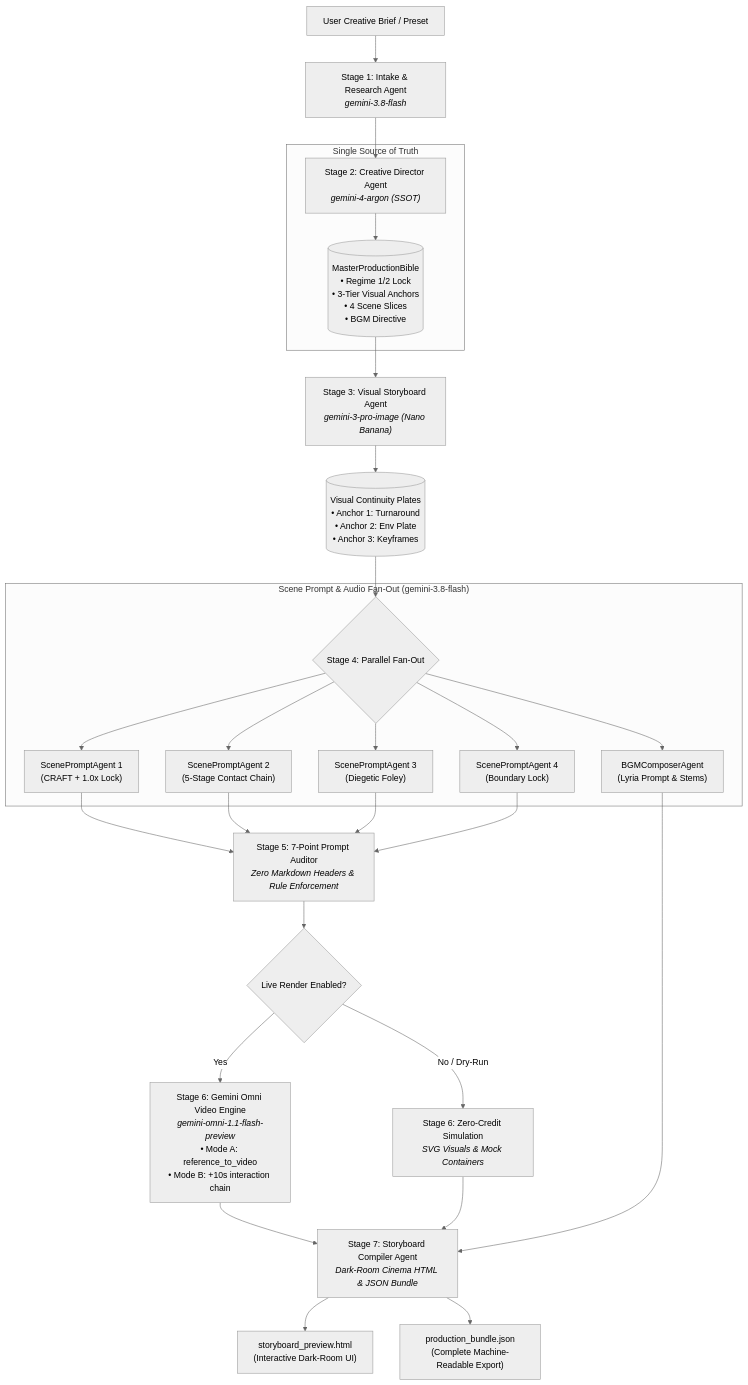
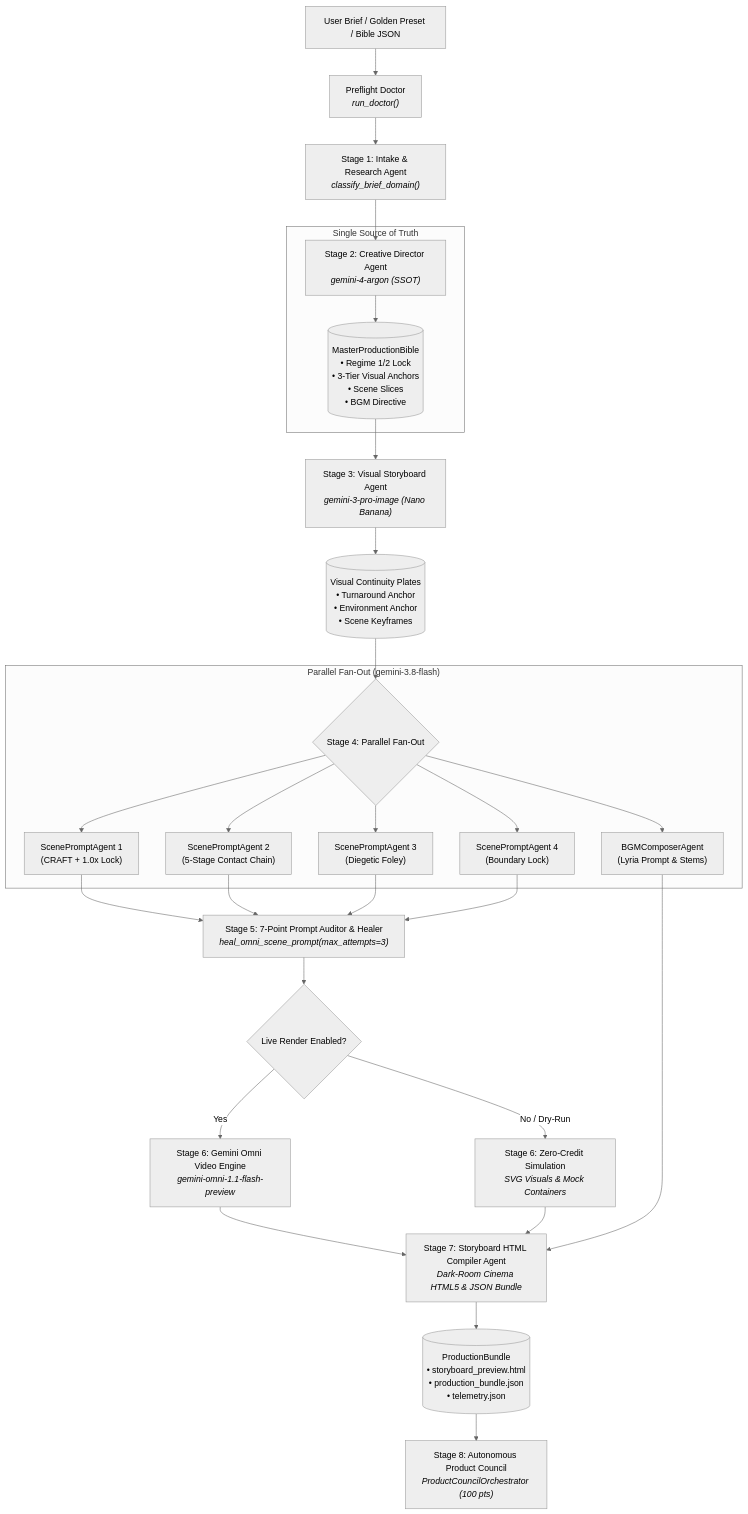
Before and after one commit to spiralspectra/omniskill: the diagram in README.md, drawn with Mermaid (neutral theme). The commit also changed other lines of this file and 129 other files, not shown here.

Commit message:
chore(council): daily autonomous product council update (100.0/100.0)

````diff
--- a/README.md
+++ b/README.md
@@ -43,33 +40,34 @@
 ```mermaid
 flowchart TD
-    User["User Creative Brief / Preset"] --> Intake["Stage 1: Intake & Research Agent<br><i>gemini-3.8-flash</i>"]
+    User["User Brief / Golden Preset / Bible JSON"] --> Doctor["Preflight Doctor<br><i>run_doctor()</i>"]
+    Doctor --> Intake["Stage 1: Intake & Research Agent<br><i>classify_brief_domain()</i>"]
     Intake --> Director["Stage 2: Creative Director Agent<br><i>gemini-4-argon (SSOT)</i>"]
     
     subgraph SSoT ["Single Source of Truth"]
-        Director --> Bible[("MasterProductionBible<br>• Regime 1/2 Lock<br>• 3-Tier Visual Anchors<br>• 4 Scene Slices<br>• BGM Directive")]
+        Director --> Bible[("MasterProductionBible<br>• Regime 1/2 Lock<br>• 3-Tier Visual Anchors<br>• Scene Slices<br>• BGM Directive")]
     end
 
     Bible --> Visuals["Stage 3: Visual Storyboard Agent<br><i>gemini-3-pro-image (Nano Banana)</i>"]
-    Visuals --> Plates[("Visual Continuity Plates<br>• Anchor 1: Turnaround<br>• Anchor 2: Env Plate<br>• Anchor 3: Keyframes")]
+    Visuals --> Plates[("Visual Continuity Plates<br>• Turnaround Anchor<br>• Environment Anchor<br>• Scene Keyframes")]
 
     Plates --> FanOut{"Stage 4: Parallel Fan-Out"}
     
-    subgraph ParallelFanOut ["Scene Prompt & Audio Fan-Out (gemini-3.8-flash)"]
+    subgraph ParallelFanOut ["Parallel Fan-Out (gemini-3.8-flash)"]
         FanOut --> S1["ScenePromptAgent 1<br>(CRAFT + 1.0x Lock)"]
         FanOut --> S2["ScenePromptAgent 2<br>(5-Stage Contact Chain)"]
         FanOut --> S3["ScenePromptAgent 3<br>(Diegetic Foley)"]
         FanOut --> S4["ScenePromptAgent 4<br>(Boundary Lock)"]
         FanOut --> BGM["BGMComposerAgent<br>(Lyria Prompt & Stems)"]
     end
 
-    S1 & S2 & S3 & S4 --> Auditor["Stage 5: 7-Point Prompt Auditor<br><i>Zero Markdown Headers & Rule Enforcement</i>"]
+    S1 & S2 & S3 & S4 --> Auditor["Stage 5: 7-Point Prompt Auditor & Healer<br><i>heal_omni_scene_prompt(max_attempts=3)</i>"]
     Auditor --> VideoGate{"Live Render Enabled?"}
     
-    VideoGate -- Yes --> OmniEngine["Stage 6: Gemini Omni Video Engine<br><i>gemini-omni-1.1-flash-preview</i><br>• Mode A: reference_to_video<br>• Mode B: +10s interaction chain"]
+    VideoGate -- Yes --> OmniEngine["Stage 6: Gemini Omni Video Engine<br><i>gemini-omni-1.1-flash-preview</i>"]
     VideoGate -- No / Dry-Run --> SimEngine["Stage 6: Zero-Credit Simulation<br><i>SVG Visuals & Mock Containers</i>"]
 
-    OmniEngine & SimEngine & BGM --> Compiler["Stage 7: Storyboard Compiler Agent<br><i>Dark-Room Cinema HTML & JSON Bundle</i>"]
-    
-    Compiler --> HTML["storyboard_preview.html<br>(Interactive Dark-Room UI)"]
-    Compiler --> JSON["production_bundle.json<br>(Complete Machine-Readable Export)"]
+    OmniEngine & SimEngine & BGM --> Compiler["Stage 7: Storyboard HTML Compiler Agent<br><i>Dark-Room Cinema HTML5 & JSON Bundle</i>"]
+    Compiler --> Bundle[("ProductionBundle<br>• storyboard_preview.html<br>• production_bundle.json<br>• telemetry.json")]
+
+    Bundle --> Council["Stage 8: Autonomous Product Council<br><i>ProductCouncilOrchestrator (100 pts)</i>"]
 ```
````
